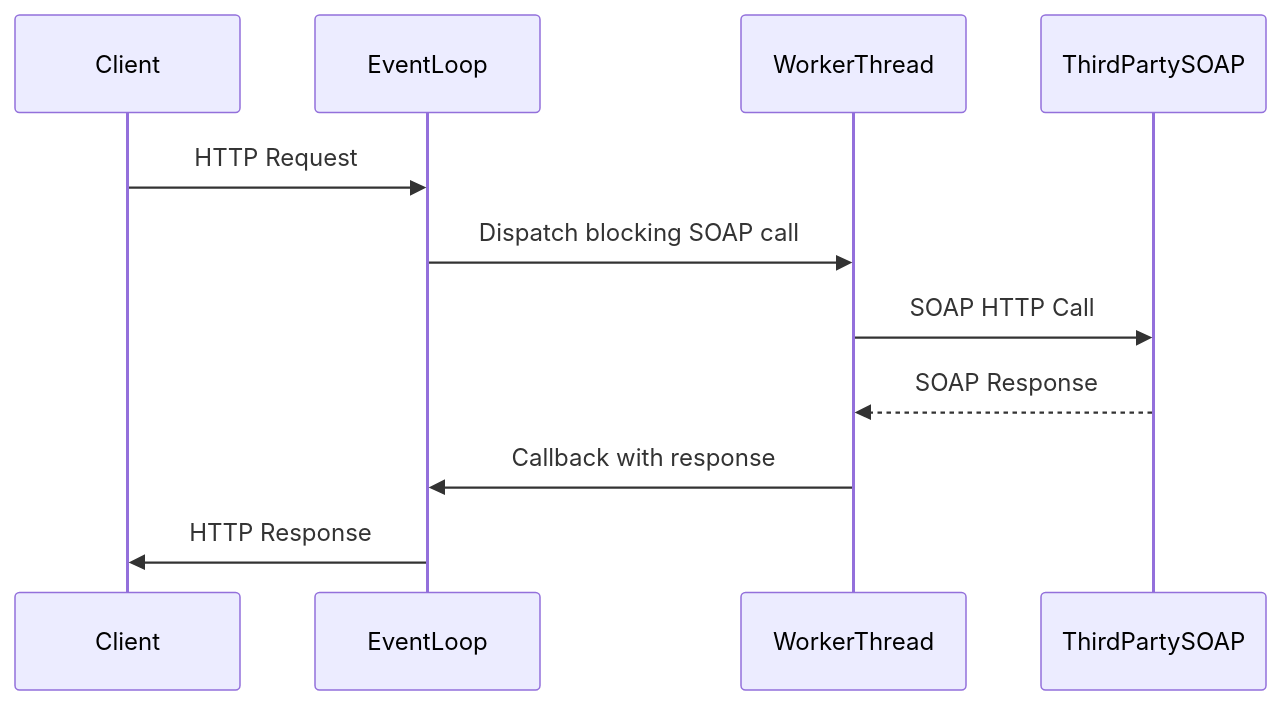
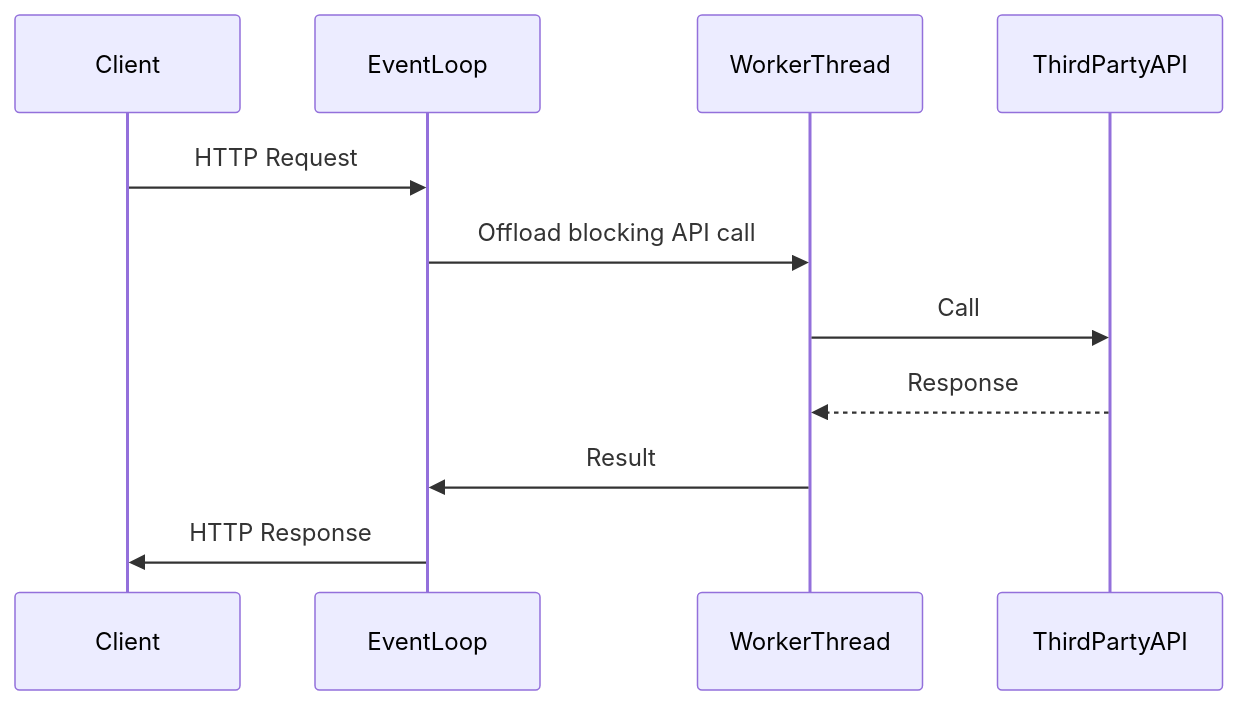
The third of 7 diagrams in README.md (sonuprajapati15/Web-frameworks), drawn with Mermaid before and after one commit. The commit also changed other lines of this file, not shown here.

````diff
--- a/README.md
+++ b/README.md
@@ -272,14 +199,14 @@
 ```mermaid
 sequenceDiagram
     participant Client
     participant EventLoop
     participant WorkerThread
-    participant ThirdPartySOAP
+    participant ThirdPartyAPI
 
     Client->>EventLoop: HTTP Request
-    EventLoop->>WorkerThread: Dispatch blocking SOAP call
-    WorkerThread->>ThirdPartySOAP: SOAP HTTP Call
-    ThirdPartySOAP-->>WorkerThread: SOAP Response
-    WorkerThread->>EventLoop: Callback with response
+    EventLoop->>WorkerThread: Offload blocking API call
+    WorkerThread->>ThirdPartyAPI: Call
+    ThirdPartyAPI-->>WorkerThread: Response
+    WorkerThread->>EventLoop: Result
     EventLoop->>Client: HTTP Response
 ```
````
